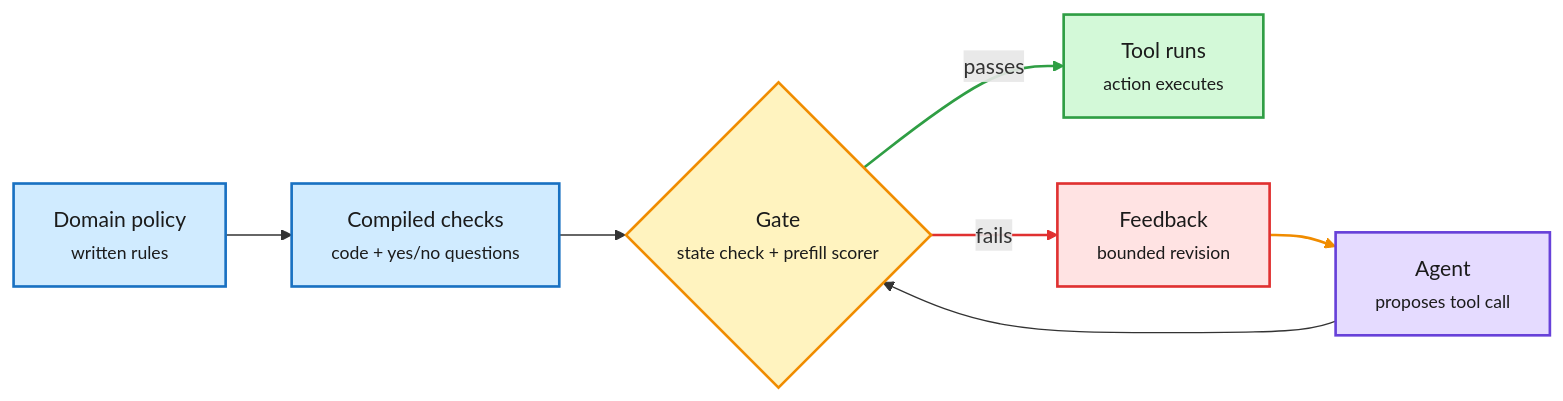
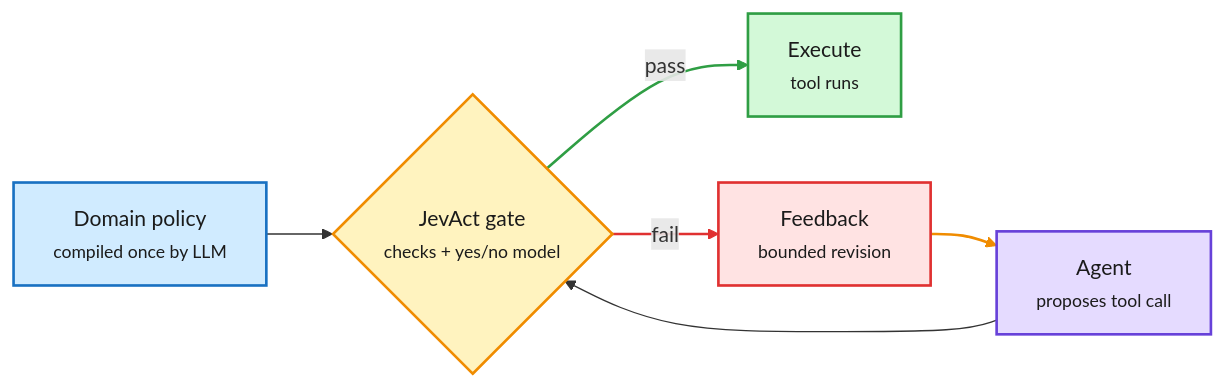
Before and after one commit to bayesiansapien/cere-bro: the second of 4 diagrams in wiki/daily-digest/2026-11/2026-11-01.md, drawn with Mermaid. The commit also changed other lines of this file, not shown here.

````diff
--- a/wiki/daily-digest/2026-11/2026-11-01.md
+++ b/wiki/daily-digest/2026-11/2026-11-01.md
@@ -157,22 +99,21 @@
 ```mermaid
 flowchart LR
-  P["Domain policy<br/><small>written rules</small>"] --> C["Compiled checks<br/><small>code + yes/no questions</small>"]
-  A["Agent<br/><small>proposes tool call</small>"] --> G{"Gate<br/><small>state check + prefill scorer</small>"}
-  C --> G
-  G -->|passes| T["Tool runs<br/><small>action executes</small>"]
-  G -->|fails| F["Feedback<br/><small>bounded revision</small>"]
+  P["Domain policy<br/><small>compiled once by LLM</small>"] --> G
+  A["Agent<br/><small>proposes tool call</small>"] --> G{"JevAct gate<br/><small>checks + yes/no model</small>"}
+  G -->|pass| E["Execute<br/><small>tool runs</small>"]
+  G -->|fail| F["Feedback<br/><small>bounded revision</small>"]
   F --> A
   classDef input fill:#d0ebff,stroke:#1971c2,color:#1b1b1b,stroke-width:2px
   classDef core fill:#e5dbff,stroke:#6741d9,color:#1b1b1b,stroke-width:2px
   classDef loop fill:#fff3bf,stroke:#f08c00,color:#1b1b1b,stroke-width:2px
   classDef exit fill:#d3f9d8,stroke:#2f9e44,color:#1b1b1b,stroke-width:2px
   classDef err fill:#ffe3e3,stroke:#e03131,color:#1b1b1b,stroke-width:2px
-  class P,C input
+  class P input
   class A core
   class G loop
-  class T exit
+  class E exit
   class F err
-  linkStyle 3 stroke:#2f9e44,stroke-width:2px
-  linkStyle 4 stroke:#e03131,stroke-width:2px
-  linkStyle 5 stroke:#f08c00,stroke-width:2px
+  linkStyle 2 stroke:#2f9e44,stroke-width:2px
+  linkStyle 3 stroke:#e03131,stroke-width:2px
+  linkStyle 4 stroke:#f08c00,stroke-width:2px
 ```
````
